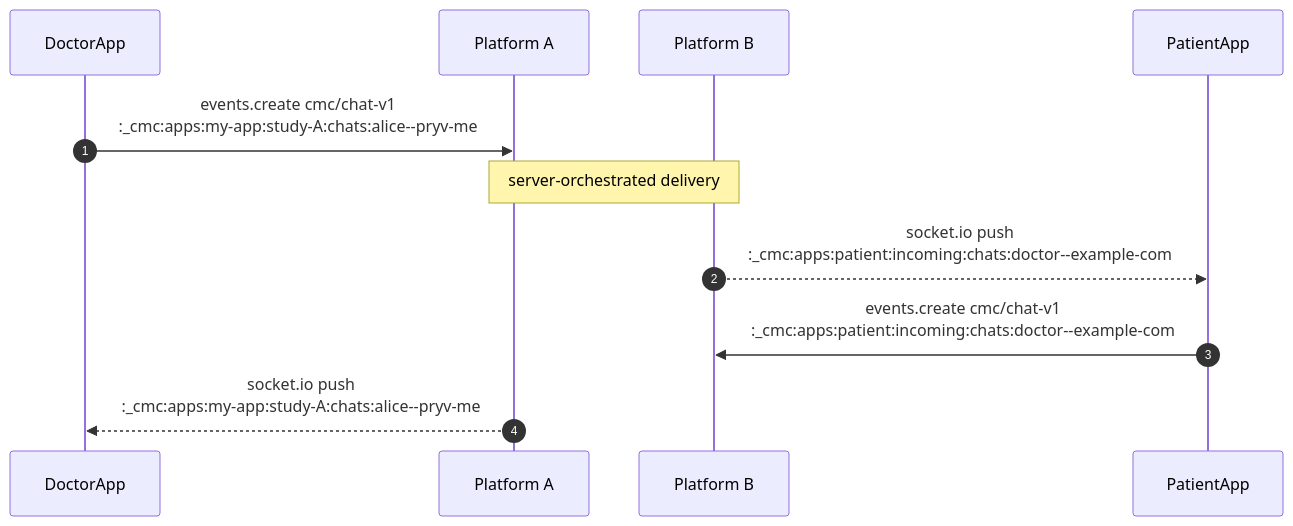
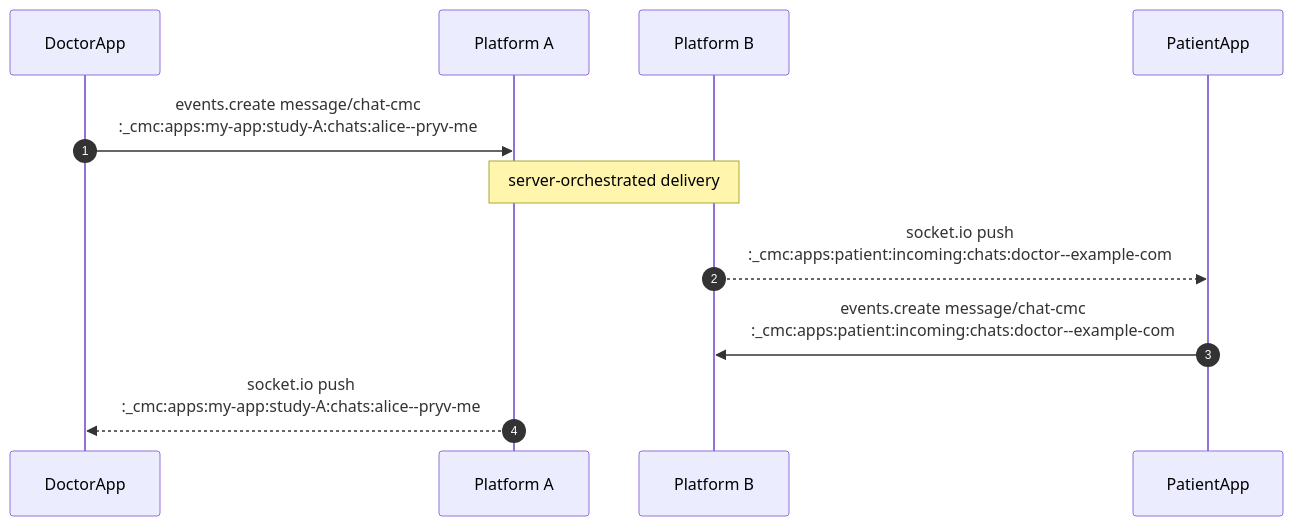
Before and after one commit to pryv/open-pryv.io: the second of 5 diagrams in components/cmc/IMPLEMENTERS-GUIDE.md, drawn with Mermaid. The commit also changed other lines of this file and 40 other files, not shown here.

````diff
--- a/components/cmc/IMPLEMENTERS-GUIDE.md
+++ b/components/cmc/IMPLEMENTERS-GUIDE.md
@@ -330,14 +330,14 @@
 ```mermaid
 sequenceDiagram
     autonumber
     participant DoctorApp
     participant PlatformA as Platform A
     participant PlatformB as Platform B
     participant PatientApp
 
-    DoctorApp->>PlatformA: events.create cmc/chat-v1<br/>:_cmc:apps:my-app:study-A:chats:alice--pryv-me
+    DoctorApp->>PlatformA: events.create message/chat-cmc<br/>:_cmc:apps:my-app:study-A:chats:alice--pryv-me
     Note over PlatformA,PlatformB: server-orchestrated delivery
     PlatformB-->>PatientApp: socket.io push<br/>:_cmc:apps:patient:incoming:chats:doctor--example-com
-    PatientApp->>PlatformB: events.create cmc/chat-v1<br/>:_cmc:apps:patient:incoming:chats:doctor--example-com
+    PatientApp->>PlatformB: events.create message/chat-cmc<br/>:_cmc:apps:patient:incoming:chats:doctor--example-com
     PlatformA-->>DoctorApp: socket.io push<br/>:_cmc:apps:my-app:study-A:chats:alice--pryv-me
 ```
````
